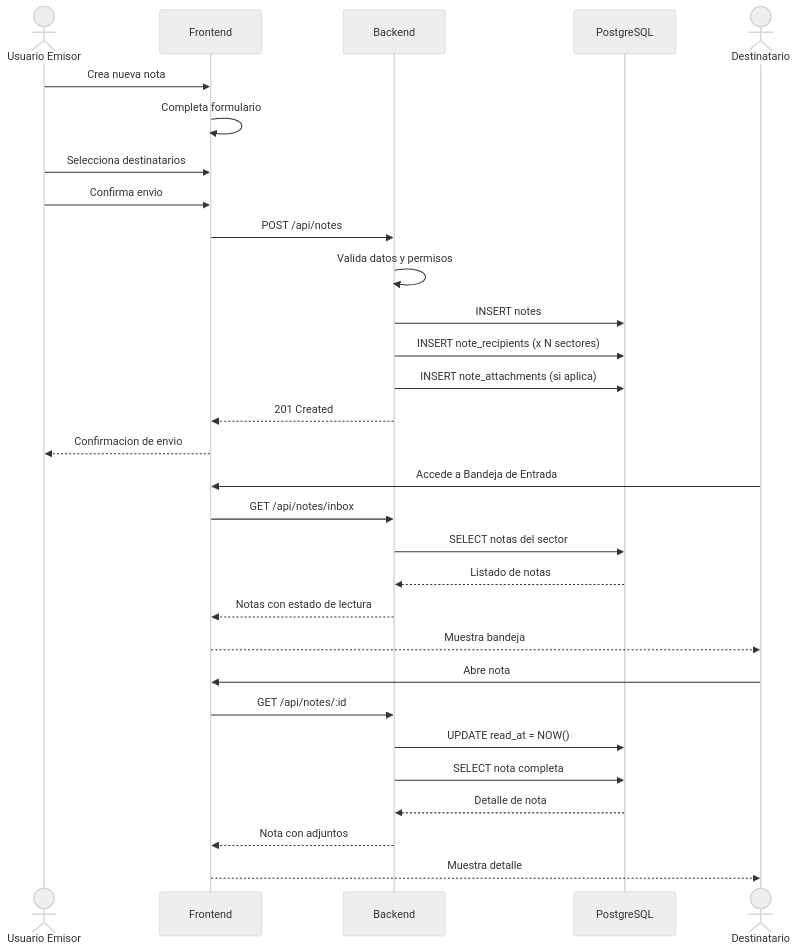
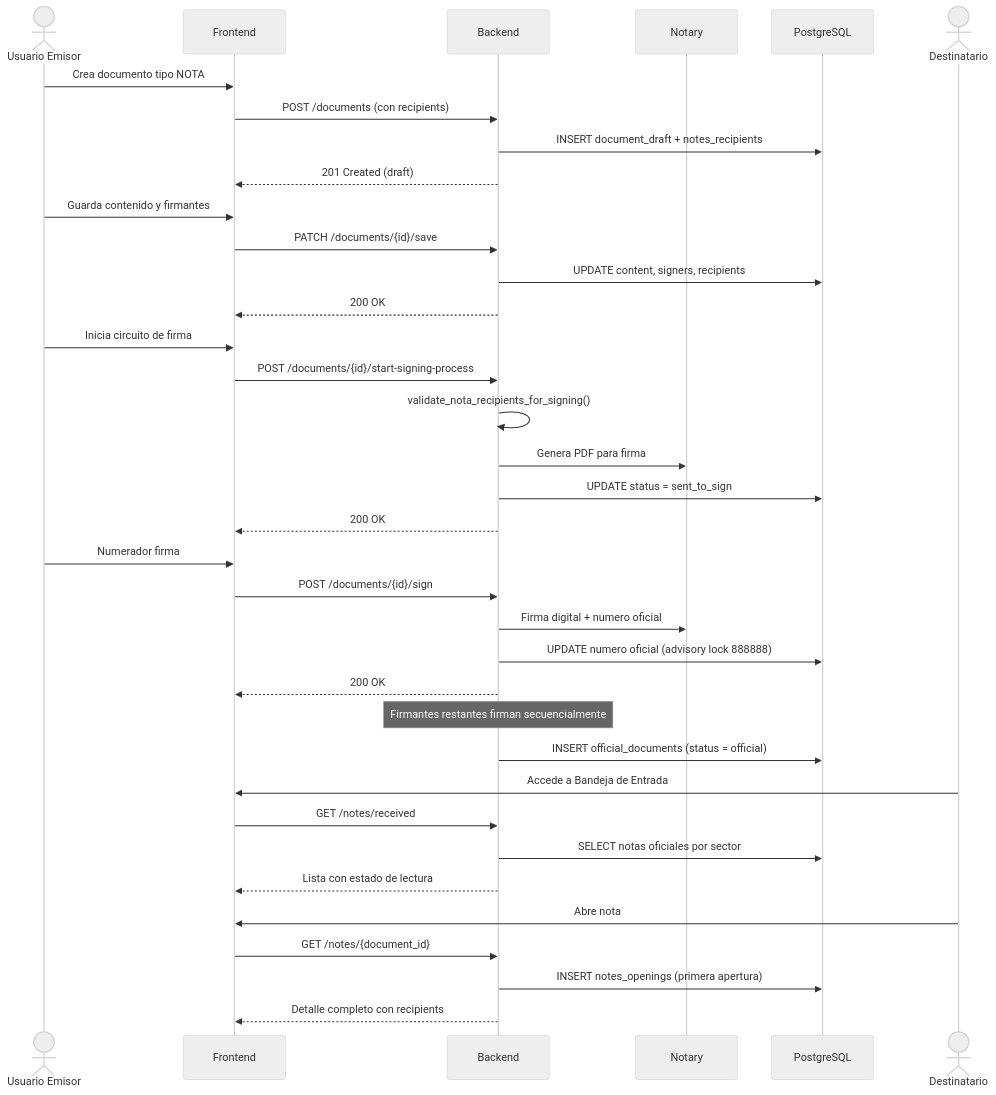
The third of 3 diagrams in docs/notas/flujo-notas.md (GestionDocumentalInteligente/Docs-Site), drawn with Mermaid (neutral theme) before and after one commit. The commit also changed other lines of this file and 4 other files, not shown here.

First line of the commit message:
fix(docs): corregir seccion Notas como documentos oficiales con firma

````diff
--- a/docs/notas/flujo-notas.md
+++ b/docs/notas/flujo-notas.md
@@ -132,35 +164,46 @@
 ```mermaid
 sequenceDiagram
     actor U as Usuario Emisor
     participant F as Frontend
     participant B as Backend
+    participant N as Notary
     participant DB as PostgreSQL
     actor D as Destinatario
 
-    U->>F: Crea nueva nota
-    F->>F: Completa formulario
-    U->>F: Selecciona destinatarios
-    U->>F: Confirma envio
-    F->>B: POST /api/notes
-    B->>B: Valida datos y permisos
-    B->>DB: INSERT notes
-    B->>DB: INSERT note_recipients (x N sectores)
-    B->>DB: INSERT note_attachments (si aplica)
-    B-->>F: 201 Created
-    F-->>U: Confirmacion de envio
+    U->>F: Crea documento tipo NOTA
+    F->>B: POST /documents (con recipients)
+    B->>DB: INSERT document_draft + notes_recipients
+    B-->>F: 201 Created (draft)
+
+    U->>F: Guarda contenido y firmantes
+    F->>B: PATCH /documents/{id}/save
+    B->>DB: UPDATE content, signers, recipients
+    B-->>F: 200 OK
+
+    U->>F: Inicia circuito de firma
+    F->>B: POST /documents/{id}/start-signing-process
+    B->>B: validate_nota_recipients_for_signing()
+    B->>N: Genera PDF para firma
+    B->>DB: UPDATE status = sent_to_sign
+    B-->>F: 200 OK
+
+    U->>F: Numerador firma
+    F->>B: POST /documents/{id}/sign
+    B->>N: Firma digital + numero oficial
+    B->>DB: UPDATE numero oficial (advisory lock 888888)
+    B-->>F: 200 OK
+
+    Note over B: Firmantes restantes firman secuencialmente
+
+    B->>DB: INSERT official_documents (status = official)
 
     D->>F: Accede a Bandeja de Entrada
-    F->>B: GET /api/notes/inbox
-    B->>DB: SELECT notas del sector
-    DB-->>B: Listado de notas
-    B-->>F: Notas con estado de lectura
-    F-->>D: Muestra bandeja
+    F->>B: GET /notes/received
+    B->>DB: SELECT notas oficiales por sector
+    B-->>F: Lista con estado de lectura
 
     D->>F: Abre nota
-    F->>B: GET /api/notes/:id
-    B->>DB: UPDATE read_at = NOW()
-    B->>DB: SELECT nota completa
-    DB-->>B: Detalle de nota
-    B-->>F: Nota con adjuntos
-    F-->>D: Muestra detalle
+    F->>B: GET /notes/{document_id}
+    B->>DB: INSERT notes_openings (primera apertura)
+    B-->>F: Detalle completo con recipients
 ```
````
